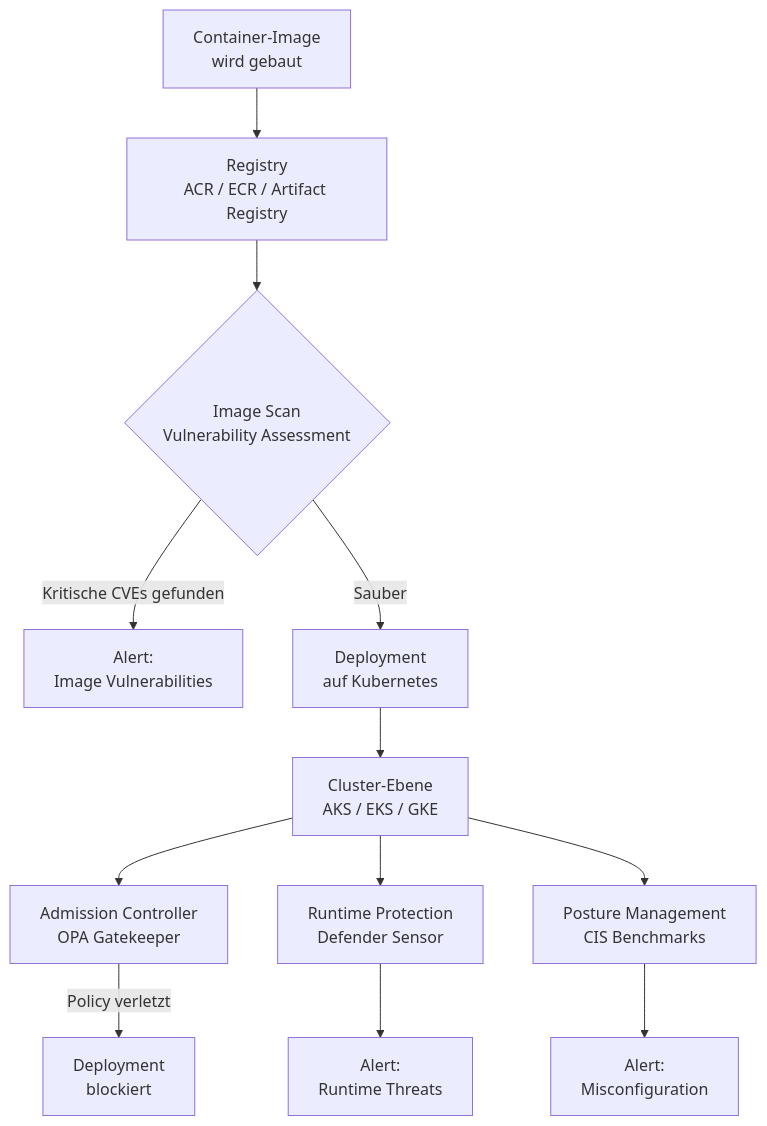
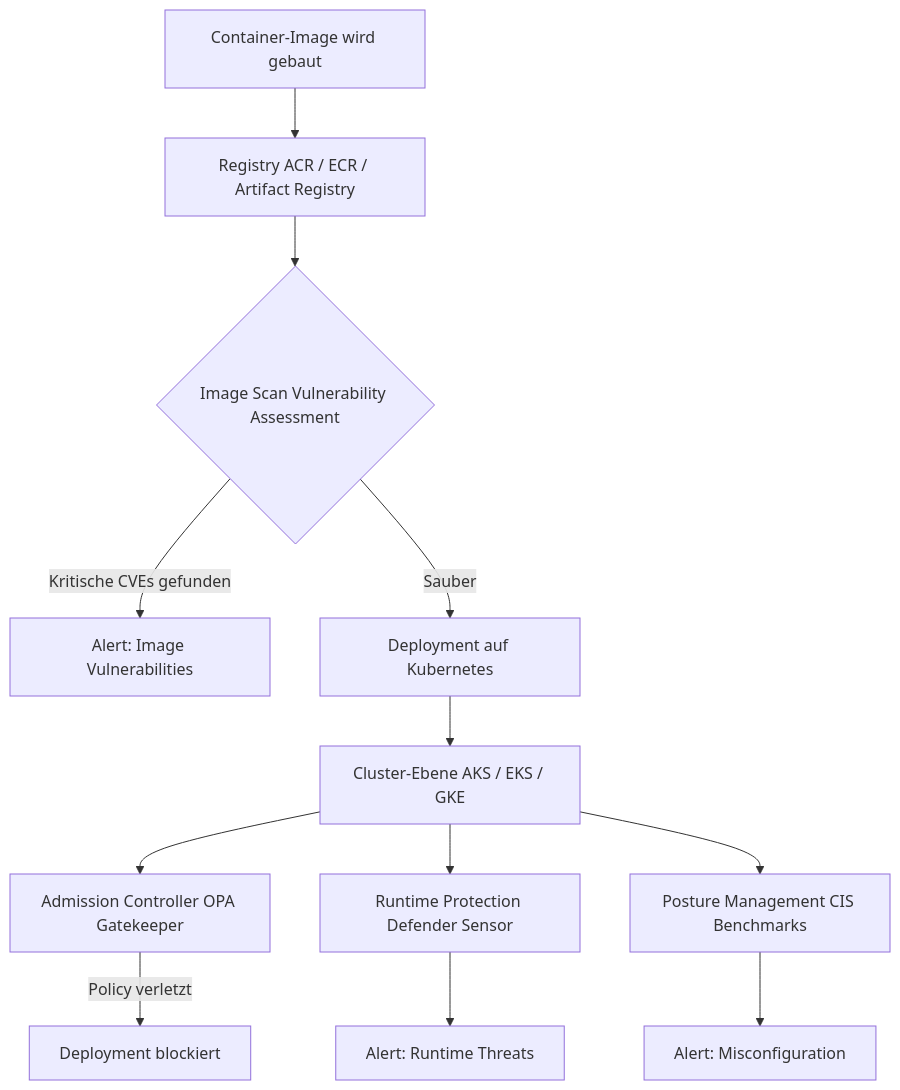
One commit to SoniiiT/notes-n-docs changed the first of 3 diagrams in Microsoft 365/Azure/Sicherheit/Microsoft Defender for Containers.md. Above: the diagram before and after it, drawn with Mermaid. The commit also changed other lines of this file and 124 other files, not shown here.

First line of the commit message:
fix: Entferne \n aus allen Mermaid-Diagrammen (125 Dateien)

````diff
--- a/Microsoft 365/Azure/Sicherheit/Microsoft Defender for Containers.md
+++ b/Microsoft 365/Azure/Sicherheit/Microsoft Defender for Containers.md
@@ -40,14 +40,14 @@
 ```mermaid
 graph TD
-    A["Container-Image\nwird gebaut"] --> B["Registry\nACR / ECR / Artifact Registry"]
-    B --> C{"Image Scan\nVulnerability Assessment"}
-    C -->|"Kritische CVEs gefunden"| D["Alert:\nImage Vulnerabilities"]
-    C -->|"Sauber"| E["Deployment\nauf Kubernetes"]
-    E --> F["Cluster-Ebene\nAKS / EKS / GKE"]
-    F --> G["Admission Controller\nOPA Gatekeeper"]
-    F --> H["Runtime Protection\nDefender Sensor"]
-    F --> I["Posture Management\nCIS Benchmarks"]
-    G -->|"Policy verletzt"| L["Deployment\nblockiert"]
-    H --> J["Alert:\nRuntime Threats"]
-    I --> K["Alert:\nMisconfiguration"]
+    A["Container-Image wird gebaut"] --> B["Registry ACR / ECR / Artifact Registry"]
+    B --> C{"Image Scan Vulnerability Assessment"}
+    C -->|"Kritische CVEs gefunden"| D["Alert: Image Vulnerabilities"]
+    C -->|"Sauber"| E["Deployment auf Kubernetes"]
+    E --> F["Cluster-Ebene AKS / EKS / GKE"]
+    F --> G["Admission Controller OPA Gatekeeper"]
+    F --> H["Runtime Protection Defender Sensor"]
+    F --> I["Posture Management CIS Benchmarks"]
+    G -->|"Policy verletzt"| L["Deployment blockiert"]
+    H --> J["Alert: Runtime Threats"]
+    I --> K["Alert: Misconfiguration"]
 ```
````
